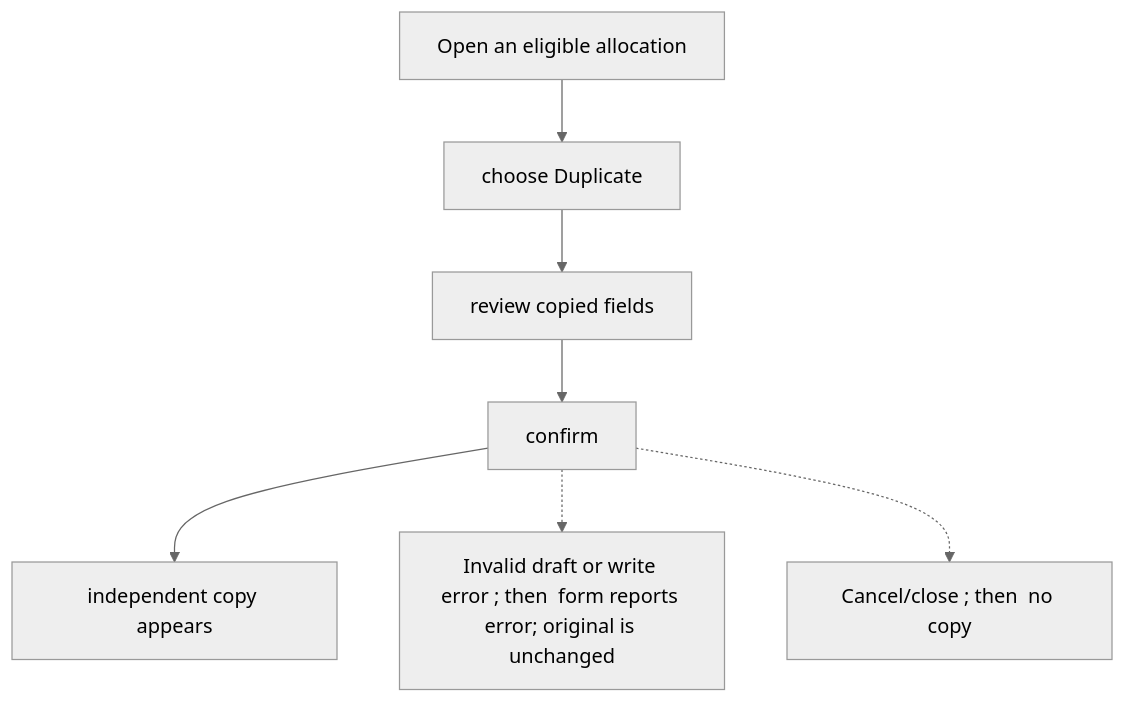
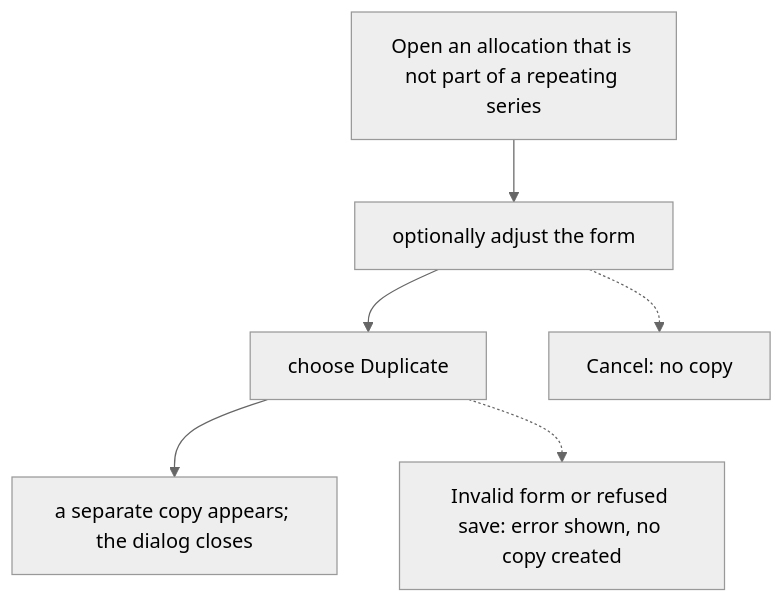
Before and after one commit to Kevinjohn/capacitylens: the first of 2 diagrams in user-stories/allocation/US-ALL-03-duplicate.md, drawn with Mermaid (neutral theme). The commit also changed other lines of this file and 119 other files, not shown here.

First line of the commit message:
docs: correct story text and flow diagrams against current source

````diff
--- a/user-stories/allocation/US-ALL-03-duplicate.md
+++ b/user-stories/allocation/US-ALL-03-duplicate.md
@@ -22,16 +23,14 @@
 ```mermaid
 flowchart TD
-  N1["Open an eligible allocation"]
-  N2["choose Duplicate"]
-  N3["review copied fields"]
-  N4["confirm"]
-  N5["independent copy appears"]
-  B1["Invalid draft or write error ; then  form reports error; original is unchanged"]
-  B2["Cancel/close ; then  no copy"]
+  N1["Open an allocation that is not part of a repeating series"]
+  N2["optionally adjust the form"]
+  N3["choose Duplicate"]
+  N4["a separate copy appears; the dialog closes"]
+  B1["Invalid form or refused save: error shown, no copy created"]
+  B2["Cancel: no copy"]
   N1 --> N2
   N2 --> N3
   N3 --> N4
-  N4 --> N5
-  N4 -.-> B1
-  N4 -.-> B2
+  N3 -.-> B1
+  N2 -.-> B2
 ```
````
